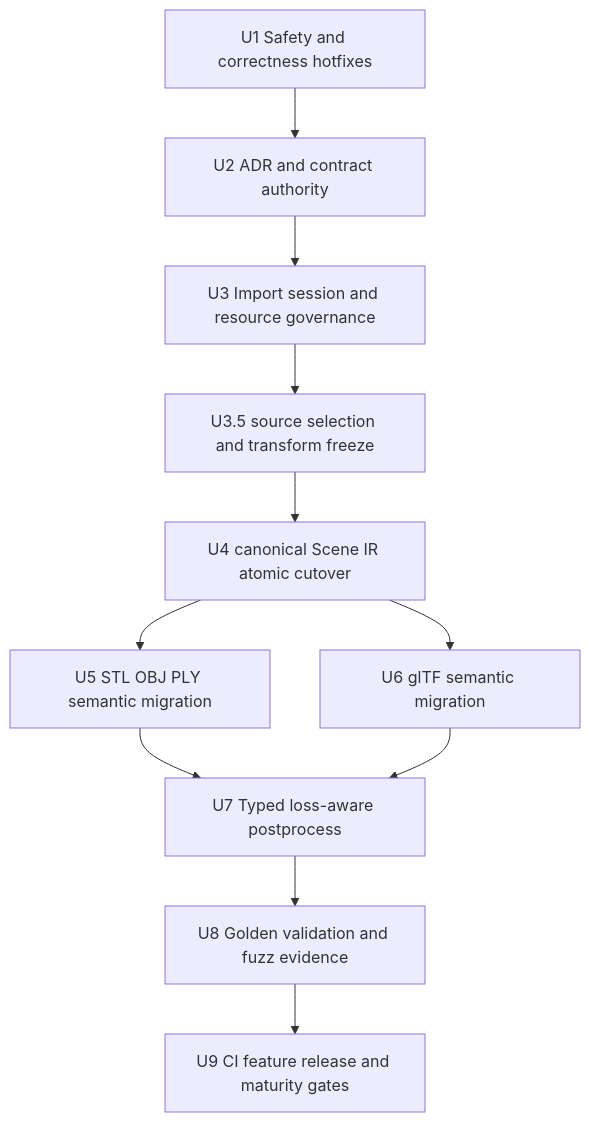
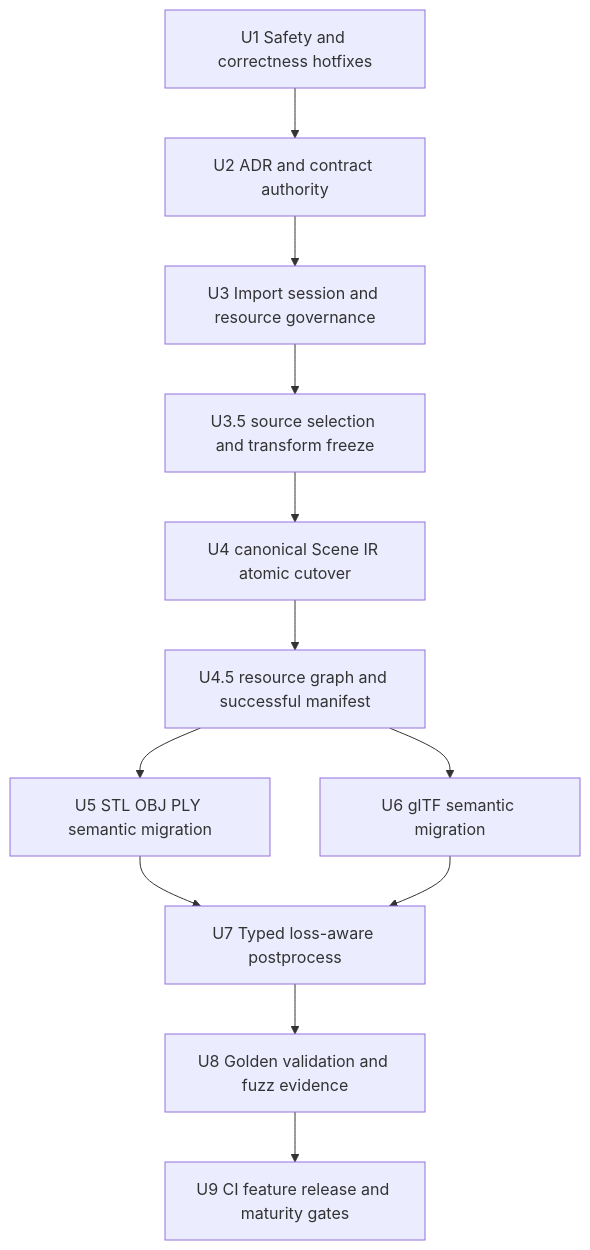
One commit to Latias94/baozi changed the third of 3 diagrams in docs/plans/2026-07-10-001-refactor-baozi-canonical-architecture-plan.md. Above: the diagram before and after it, drawn with Mermaid. The commit also changed other lines of this file and 15 other files, not shown here.

````diff
--- a/docs/plans/2026-07-10-001-refactor-baozi-canonical-architecture-plan.md
+++ b/docs/plans/2026-07-10-001-refactor-baozi-canonical-architecture-plan.md
@@ -244,13 +248,14 @@
 ```mermaid
 flowchart TB
   U1[U1 Safety and correctness hotfixes] --> U2[U2 ADR and contract authority]
   U2 --> U3[U3 Import session and resource governance]
   U3 --> U35[U3.5 source selection and transform freeze]
   U35 --> U4[U4 canonical Scene IR atomic cutover]
-  U4 --> U5[U5 STL OBJ PLY semantic migration]
-  U4 --> U6[U6 glTF semantic migration]
+  U4 --> U45[U4.5 resource graph and successful manifest]
+  U45 --> U5[U5 STL OBJ PLY semantic migration]
+  U45 --> U6[U6 glTF semantic migration]
   U5 --> U7[U7 Typed loss-aware postprocess]
   U6 --> U7
   U7 --> U8[U8 Golden validation and fuzz evidence]
   U8 --> U9[U9 CI feature release and maturity gates]
 ```
````
